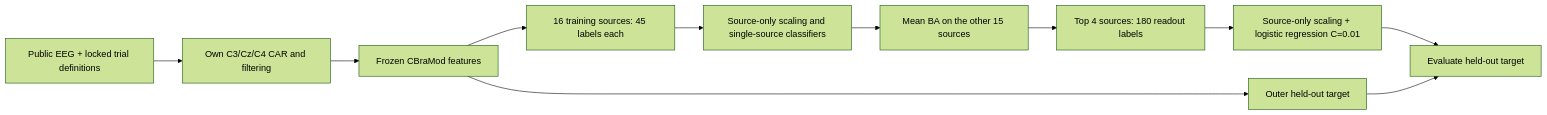
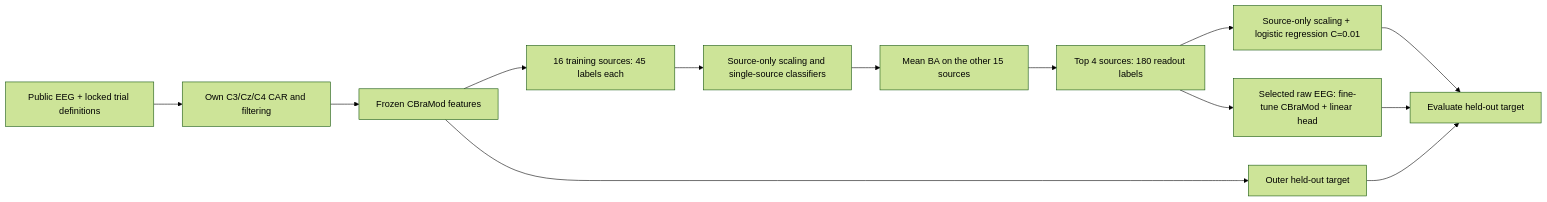
Before and after one commit to saltyout/EEG-Transferability-Aware-Source-Selection: the diagram in README.md, drawn with Mermaid (forest theme). The commit also changed other lines of this file, not shown here.

Commit message:
Highlight cross-dataset source-selection benefits under fine-tuning

````diff
--- a/README.md
+++ b/README.md
@@ -9,13 +41,15 @@
 ```mermaid
 flowchart LR
     A[Public EEG + locked trial definitions] --> B[Own C3/Cz/C4 CAR and filtering]
     B --> C[Frozen CBraMod features]
     C --> D[Outer held-out target]
     C --> E[16 training sources: 45 labels each]
     E --> F[Source-only scaling and single-source classifiers]
     F --> G[Mean BA on the other 15 sources]
     G --> H[Top 4 sources: 180 readout labels]
     H --> I[Source-only scaling + logistic regression C=0.01]
     I --> J[Evaluate held-out target]
+    H --> K[Selected raw EEG: fine-tune CBraMod + linear head]
+    K --> J
     D --> J
 ```
````
